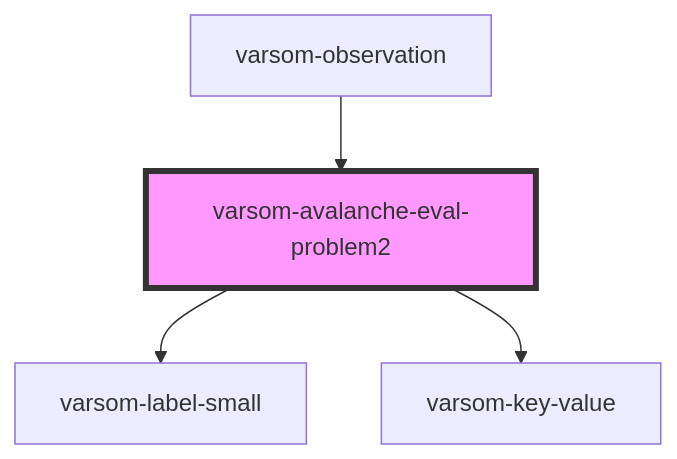
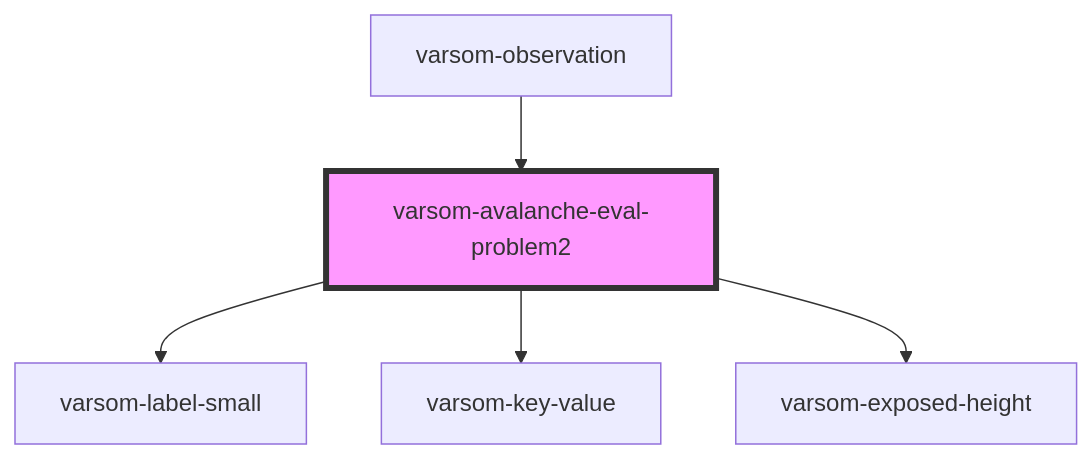
One commit to NVE/varsom-observation changed the diagram in src/components/varsom-avalanche-eval-problem2/readme.md. Above: the diagram before and after it, drawn with Mermaid. The commit also changed other lines of this file and 10 other files, not shown here.

````diff
--- a/src/components/varsom-avalanche-eval-problem2/readme.md
+++ b/src/components/varsom-avalanche-eval-problem2/readme.md
@@ -57,7 +58,8 @@
 ```mermaid
 graph TD;
   varsom-avalanche-eval-problem2 --> varsom-label-small
   varsom-avalanche-eval-problem2 --> varsom-key-value
+  varsom-avalanche-eval-problem2 --> varsom-exposed-height
   varsom-observation --> varsom-avalanche-eval-problem2
   style varsom-avalanche-eval-problem2 fill:#f9f,stroke:#333,stroke-width:4px
 ```
````
